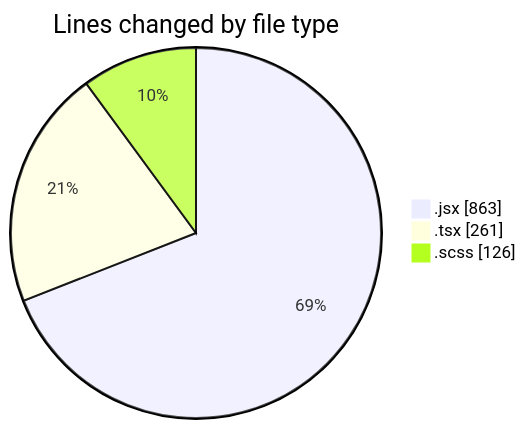
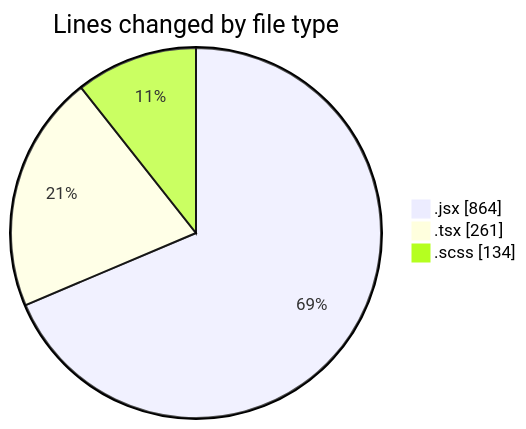
Before and after one commit to momahboobian/code-tracking: the first of 2 diagrams in 2026-02-11/cda/README.md, drawn with Mermaid. The commit also changed other lines of this file and 1 other file, not shown here.

````diff
--- a/2026-02-11/cda/README.md
+++ b/2026-02-11/cda/README.md
@@ -25,7 +25,7 @@
 ```mermaid
 pie showData
 title Lines changed by file type
-".jsx" : 863
+".jsx" : 864
 ".tsx" : 261
-".scss" : 126
+".scss" : 134
 ```
````
